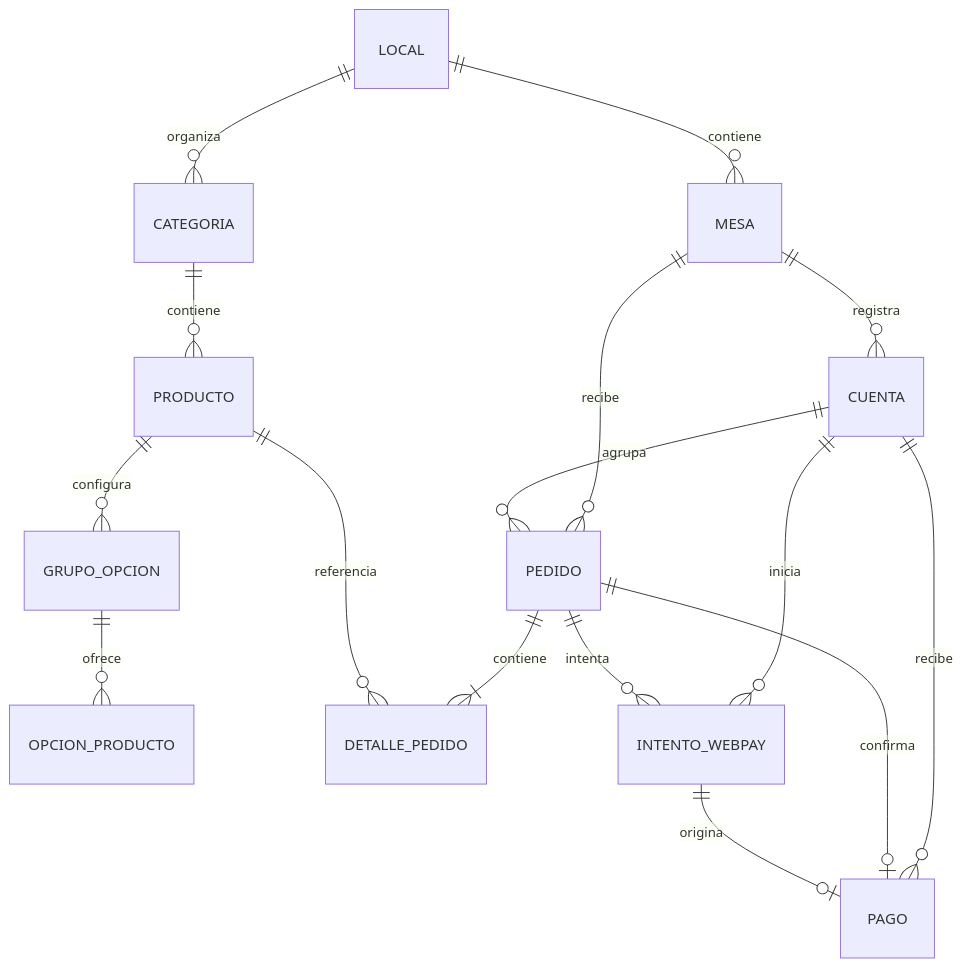
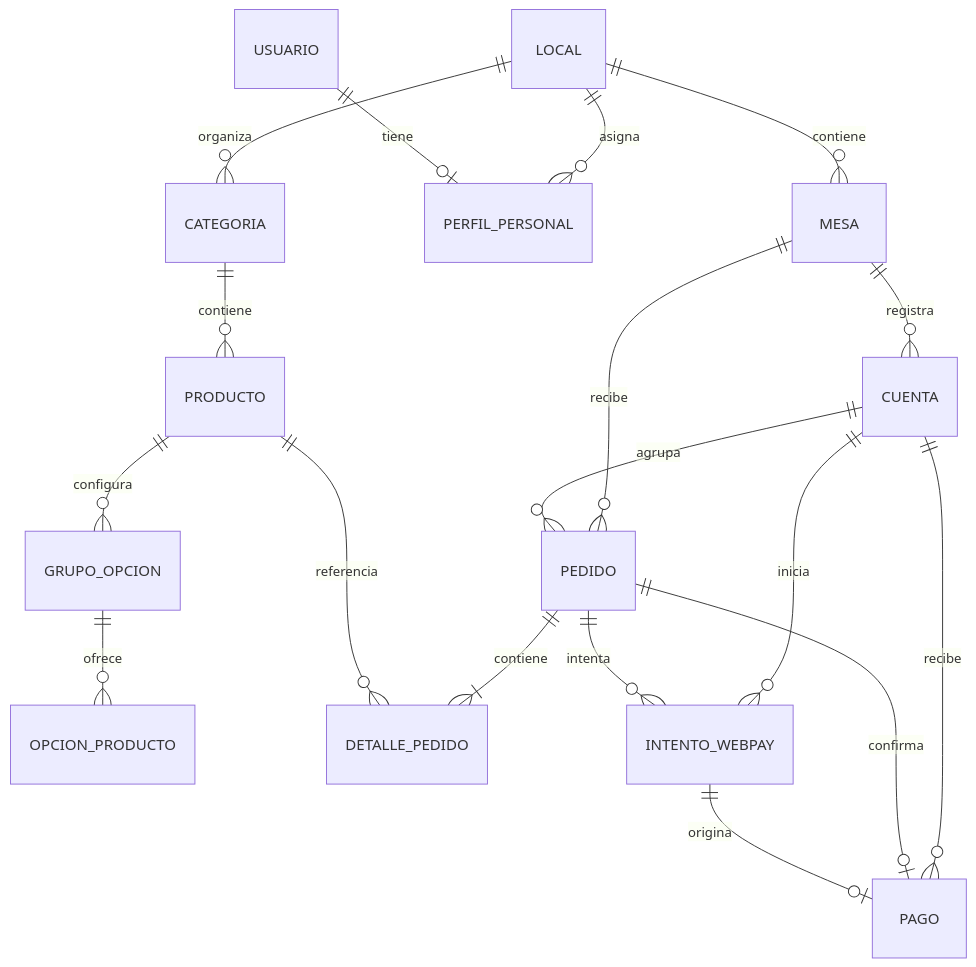
Before and after one commit to GianCabana/Capstone_006D_GianCabana_SebastianDelgado: the diagram in Fase 2/Evidencias Grupales/Documentacion/02_MODELO_DATOS.md, drawn with Mermaid. The commit also changed other lines of this file and 10 other files, not shown here.

````diff
--- a/Fase 2/Evidencias Grupales/Documentacion/02_MODELO_DATOS.md
+++ b/Fase 2/Evidencias Grupales/Documentacion/02_MODELO_DATOS.md
@@ -5,18 +5,20 @@
 ```mermaid
 erDiagram
     LOCAL ||--o{ MESA : contiene
+    LOCAL ||--o{ PERFIL_PERSONAL : asigna
+    USUARIO ||--o| PERFIL_PERSONAL : tiene
     LOCAL ||--o{ CATEGORIA : organiza
     CATEGORIA ||--o{ PRODUCTO : contiene
     PRODUCTO ||--o{ GRUPO_OPCION : configura
     GRUPO_OPCION ||--o{ OPCION_PRODUCTO : ofrece
     MESA ||--o{ CUENTA : registra
     MESA ||--o{ PEDIDO : recibe
     CUENTA ||--o{ PEDIDO : agrupa
     PEDIDO ||--|{ DETALLE_PEDIDO : contiene
     PRODUCTO ||--o{ DETALLE_PEDIDO : referencia
     CUENTA ||--o{ INTENTO_WEBPAY : inicia
     PEDIDO ||--o{ INTENTO_WEBPAY : intenta
     CUENTA ||--o{ PAGO : recibe
     PEDIDO ||--o| PAGO : confirma
     INTENTO_WEBPAY ||--o| PAGO : origina
 ```
````
